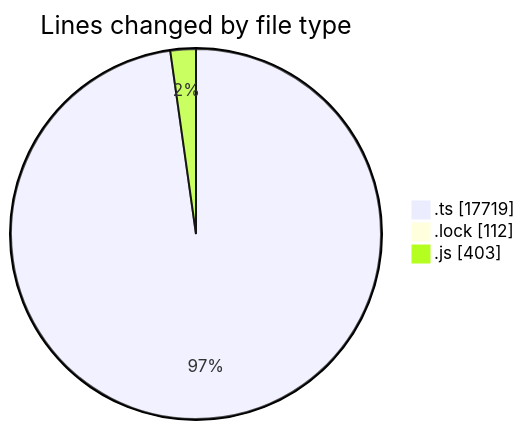
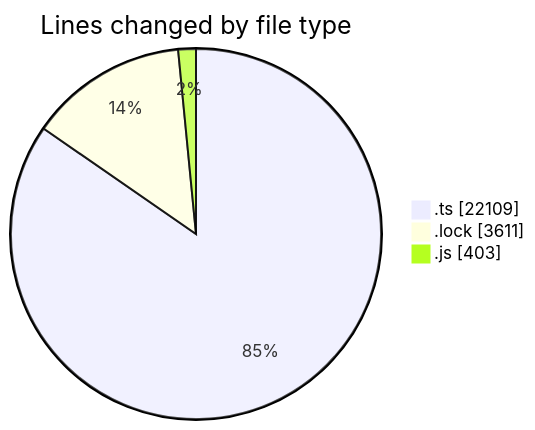
One commit to momahboobian/code-tracking changed the first of 2 diagrams in 2025-05-30/cda/README.md. Above: the diagram before and after it, drawn with Mermaid. The commit also changed other lines of this file and 1 other file, not shown here.

````diff
--- a/2025-05-30/cda/README.md
+++ b/2025-05-30/cda/README.md
@@ -30,7 +31,7 @@
 ```mermaid
 pie showData
 title Lines changed by file type
-".ts" : 17719
-".lock" : 112
+".ts" : 22109
+".lock" : 3611
 ".js" : 403
 ```
````
